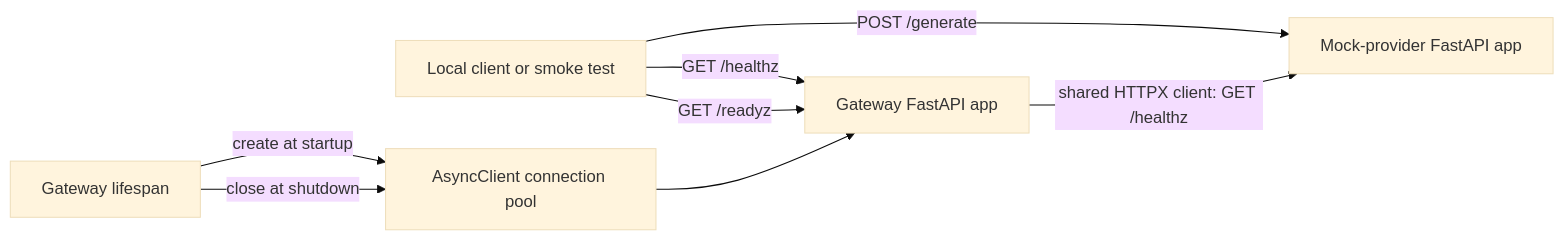
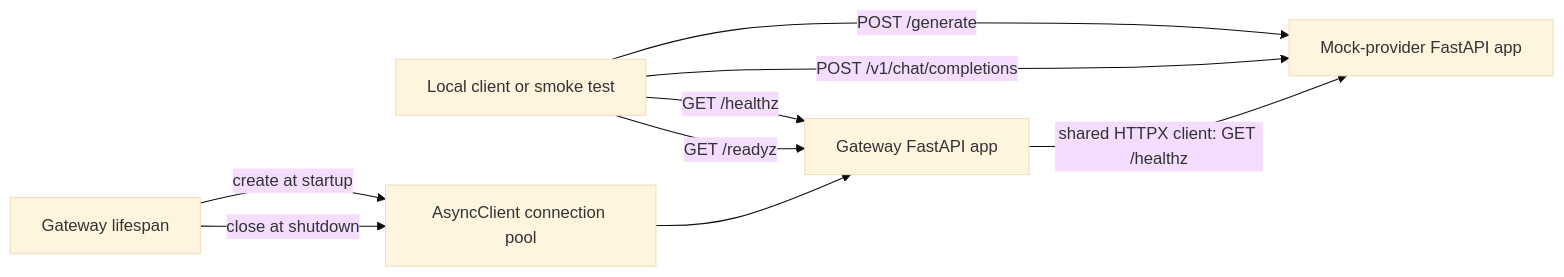
The diagram in docs/architecture.md (ompatelz/SwitchBoard), drawn with Mermaid (base theme) before and after one commit. The commit also changed other lines of this file and 8 other files, not shown here.

````diff
--- a/docs/architecture.md
+++ b/docs/architecture.md
@@ -23,10 +29,11 @@
 ```mermaid
 flowchart LR
     C[Local client or smoke test] -->|GET /healthz| G[Gateway FastAPI app]
     C -->|GET /readyz| G
     C -->|POST /generate| M[Mock-provider FastAPI app]
+    C -->|POST /v1/chat/completions| M
     G -->|shared HTTPX client: GET /healthz| M
     L[Gateway lifespan] -->|create at startup| H[AsyncClient connection pool]
     H --> G
     L -->|close at shutdown| H
 ```
````
